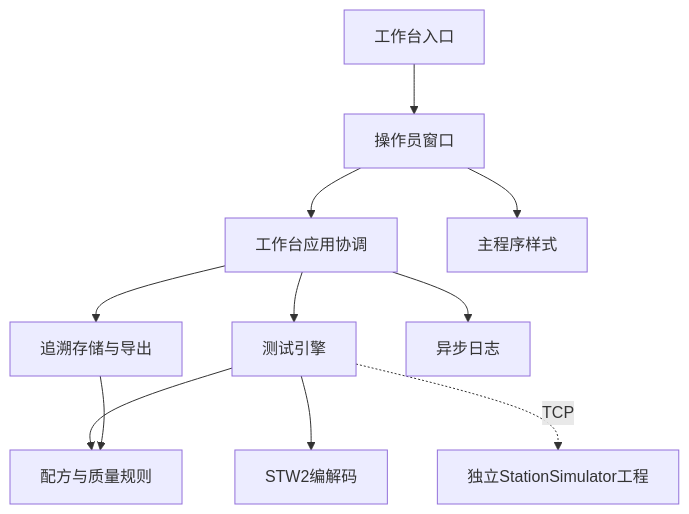
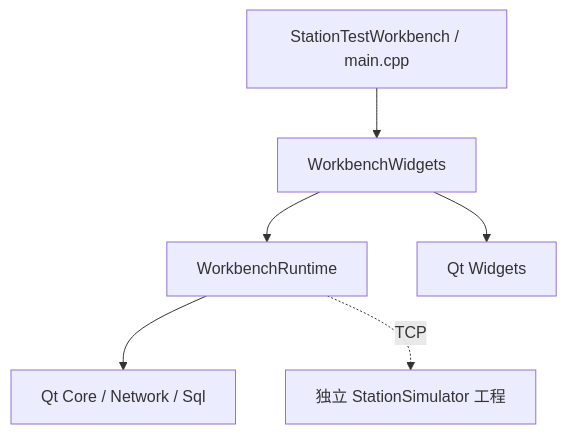
One commit to ASDFGHJKL264/StationTestWorkbench changed the diagram in docs/PROJECT_STRUCTURE.md. Above: the diagram before and after it, drawn with Mermaid. The commit also changed other lines of this file and 42 other files, not shown here.

````diff
--- a/docs/PROJECT_STRUCTURE.md
+++ b/docs/PROJECT_STRUCTURE.md
@@ -37,13 +41,8 @@
 ```mermaid
 flowchart TD
-    Main[工作台入口] --> UI[操作员窗口]
-    UI --> App[工作台应用协调]
-    UI --> Style[主程序样式]
-    App --> Engine[测试引擎]
-    App --> Storage[追溯存储与导出]
-    App --> Log[异步日志]
-    Engine --> Domain[配方与质量规则]
-    Engine --> Protocol[STW2编解码]
-    Storage --> Domain
-    Engine -. TCP .-> Simulator[独立StationSimulator工程]
+    Main[StationTestWorkbench / main.cpp] --> UI[WorkbenchWidgets]
+    UI --> Runtime[WorkbenchRuntime]
+    UI --> Widgets[Qt Widgets]
+    Runtime --> Core[Qt Core / Network / Sql]
+    Runtime -. TCP .-> Simulator[独立 StationSimulator 工程]
 ```
````
